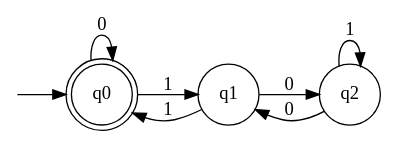
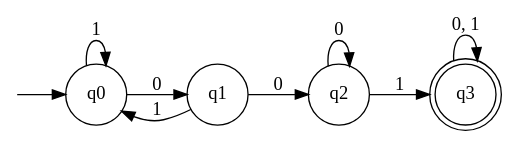
The diagram in dfa_m.dot (water-mizuu/finite_automata_conversion), drawn with Graphviz before and after one commit. The commit also changed 9 other files, not shown here.

```diff
--- a/dfa_m.dot
+++ b/dfa_m.dot
@@ -1,14 +1,16 @@
 digraph G {
   rankdir=LR;
   n__ [label="" shape=none width=.0];
-  0 [shape=doublecircle label="q0"]
-  3 [shape=circle label="q1"]
+  0 [shape=doublecircle label="q3"]
   5 [shape=circle label="q2"]
-  n__ -> 0;
-  0 -> 0 [label="0"]
-  0 -> 3 [label="1"]
-  3 -> 5 [label="0"]
-  3 -> 0 [label="1"]
-  5 -> 3 [label="0"]
-  5 -> 5 [label="1"]
+  6 [shape=circle label="q1"]
+  7 [shape=circle label="q0"]
+  n__ -> 7;
+  7 -> 6 [label="0"]
+  7 -> 7 [label="1"]
+  6 -> 5 [label="0"]
+  6 -> 7 [label="1"]
+  5 -> 5 [label="0"]
+  5 -> 0 [label="1"]
+  0 -> 0 [label="0, 1"]
 }
```
